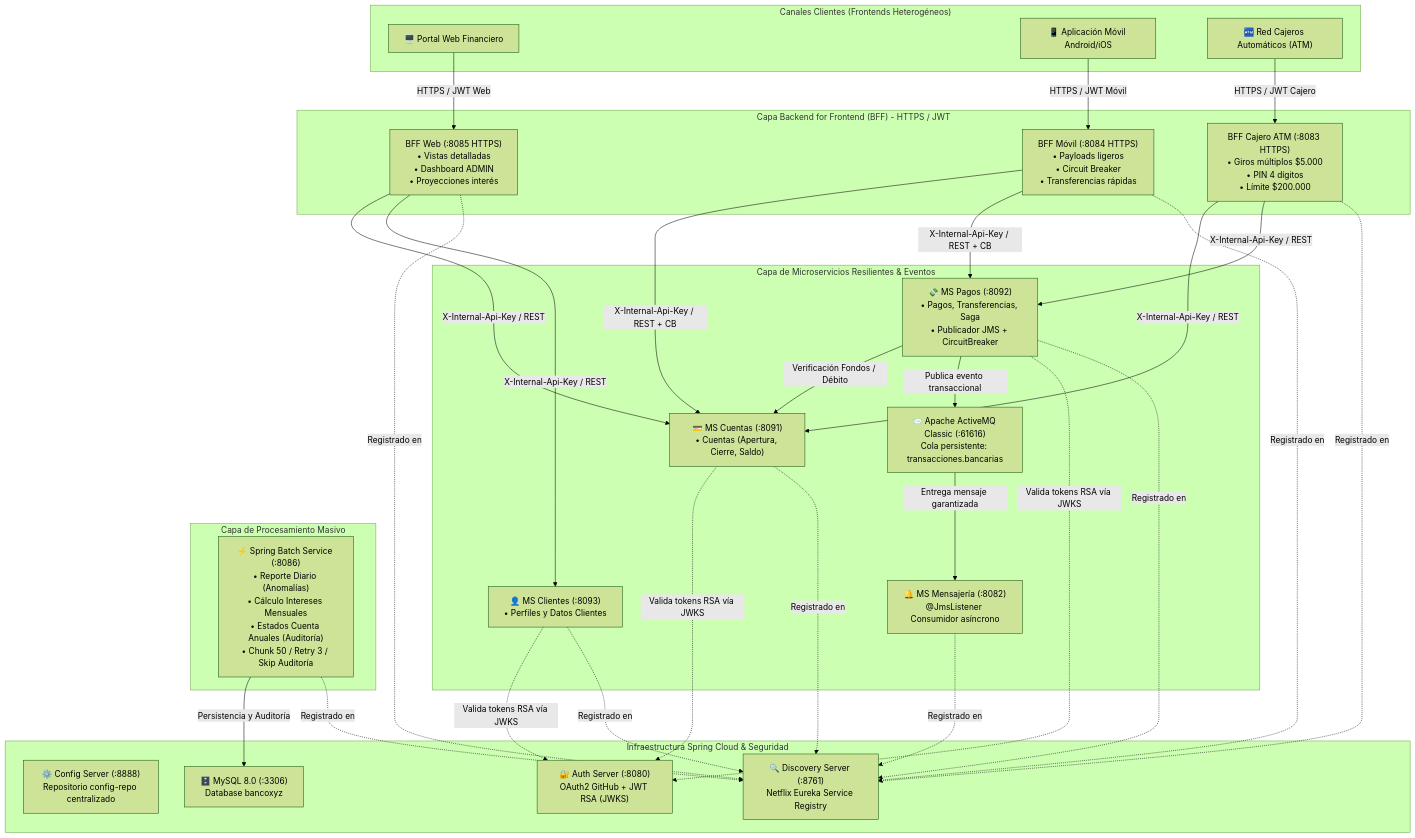
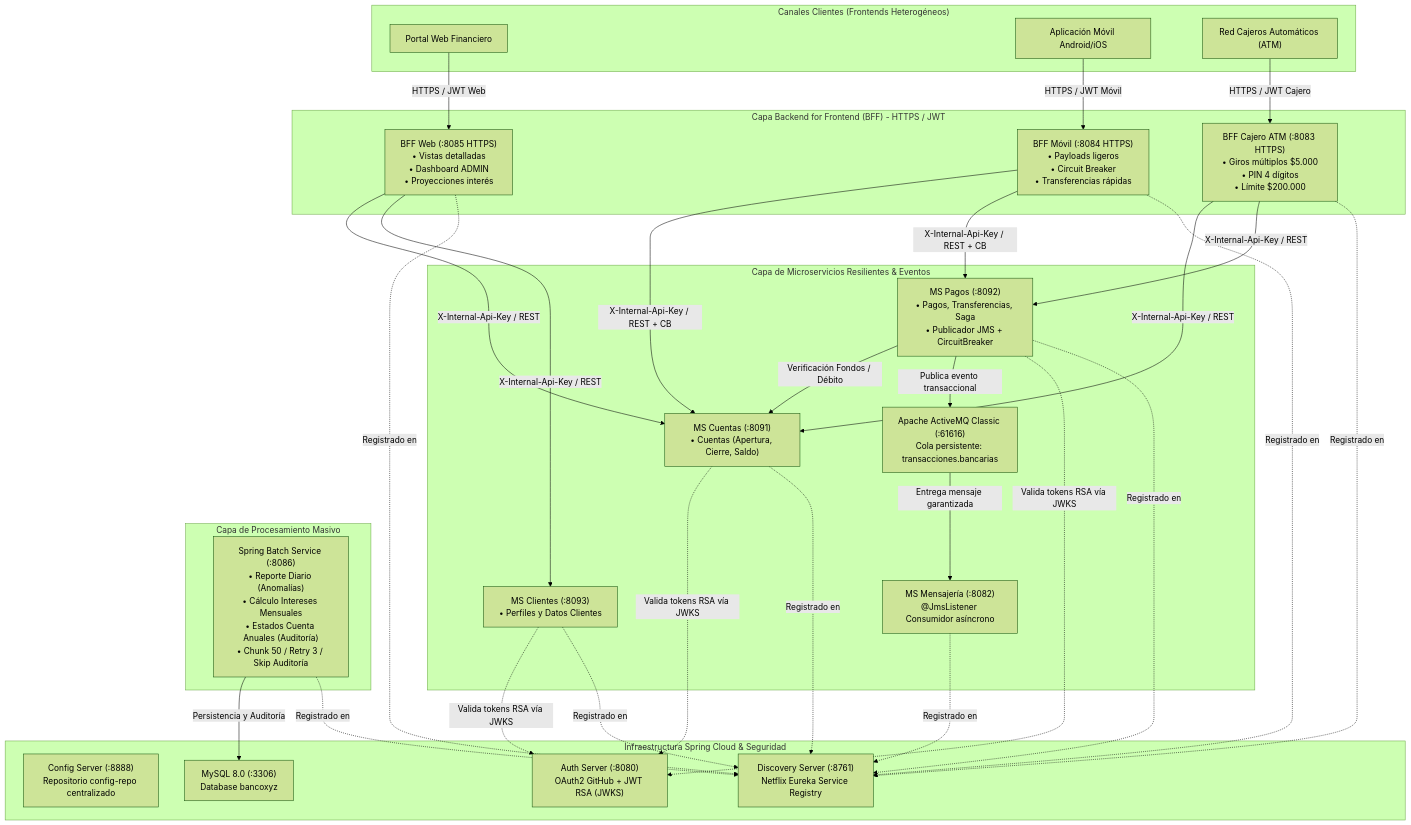
Before and after one commit to Starcrusher037/EFT_Banco_XYZ: the first of 2 diagrams in PROPUESTA_TECNICA.md, drawn with Mermaid (forest theme). The commit also changed other lines of this file and 2 other files, not shown here.

Commit message:
actualizacion de reame y propuesta tecnica, se eliminan referencias a core service

````diff
--- a/PROPUESTA_TECNICA.md
+++ b/PROPUESTA_TECNICA.md
@@ -59,62 +57,62 @@
 ```mermaid
 flowchart TD
     subgraph Canales ["Canales Clientes (Frontends Heterogéneos)"]
-        WebClient["🖥️ Portal Web Financiero"]
-        MobileClient["📱 Aplicación Móvil Android/iOS"]
-        AtmClient["🏧 Red Cajeros Automáticos (ATM)"]
+        WebClient["Portal Web Financiero"]
+        MobileClient["Aplicación Móvil Android/iOS"]
+        AtmClient["Red Cajeros Automáticos (ATM)"]
     end
 
     subgraph CapaBFF ["Capa Backend for Frontend (BFF) - HTTPS / JWT"]
         BffWeb["BFF Web (:8085 HTTPS)<br>• Vistas detalladas<br>• Dashboard ADMIN<br>• Proyecciones interés"]
         BffMovil["BFF Móvil (:8084 HTTPS)<br>• Payloads ligeros<br>• Circuit Breaker<br>• Transferencias rápidas"]
         BffCajero["BFF Cajero ATM (:8083 HTTPS)<br>• Giros múltiplos $5.000<br>• PIN 4 dígitos<br>• Límite $200.000"]
     end
 
     subgraph Infraestructura ["Infraestructura Spring Cloud & Seguridad"]
-        ConfigServer["⚙️ Config Server (:8888)<br>Repositorio config-repo centralizado"]
-        Eureka["🔍 Discovery Server (:8761)<br>Netflix Eureka Service Registry"]
-        AuthServer["🔐 Auth Server (:8080)<br>OAuth2 GitHub + JWT RSA (JWKS)"]
-        MySQL["🗄️ MySQL 8.0 (:3306)<br>Database bancoxyz"]
+        ConfigServer["Config Server (:8888)<br>Repositorio config-repo centralizado"]
+        Eureka["Discovery Server (:8761)<br>Netflix Eureka Service Registry"]
+        AuthServer["Auth Server (:8080)<br>OAuth2 GitHub + JWT RSA (JWKS)"]
+        MySQL["MySQL 8.0 (:3306)<br>Database bancoxyz"]
     end
 
     subgraph NucleoNegocio ["Capa de Microservicios Resilientes & Eventos"]
-        MsCuentas["💳 MS Cuentas (:8091)<br>• Cuentas (Apertura, Cierre, Saldo)"]
-        MsPagos["💸 MS Pagos (:8092)<br>• Pagos, Transferencias, Saga<br>• Publicador JMS + CircuitBreaker"]
-        MsClientes["👤 MS Clientes (:8093)<br>• Perfiles y Datos Clientes"]
-        ActiveMQ["📨 Apache ActiveMQ Classic (:61616)<br>Cola persistente: transacciones.bancarias"]
-        MsMensajeria["🔔 MS Mensajería (:8082)<br>@JmsListener Consumidor asíncrono"]
+        MsCuentas["MS Cuentas (:8091)<br>• Cuentas (Apertura, Cierre, Saldo)"]
+        MsPagos["MS Pagos (:8092)<br>• Pagos, Transferencias, Saga<br>• Publicador JMS + CircuitBreaker"]
+        MsClientes["MS Clientes (:8093)<br>• Perfiles y Datos Clientes"]
+        ActiveMQ["Apache ActiveMQ Classic (:61616)<br>Cola persistente: transacciones.bancarias"]
+        MsMensajeria["MS Mensajería (:8082)<br>@JmsListener Consumidor asíncrono"]
     end
 
     subgraph CapaBatch ["Capa de Procesamiento Masivo"]
-        BatchService["⚡ Spring Batch Service (:8086)<br>• Reporte Diario (Anomalías)<br>• Cálculo Intereses Mensuales<br>• Estados Cuenta Anuales (Auditoría)<br>• Chunk 50 / Retry 3 / Skip Auditoría"]
+        BatchService["Spring Batch Service (:8086)<br>• Reporte Diario (Anomalías)<br>• Cálculo Intereses Mensuales<br>• Estados Cuenta Anuales (Auditoría)<br>• Chunk 50 / Retry 3 / Skip Auditoría"]
     end
 
     WebClient -->|HTTPS / JWT Web| BffWeb
     MobileClient -->|HTTPS / JWT Móvil| BffMovil
     AtmClient -->|HTTPS / JWT Cajero| BffCajero
 
     BffWeb -->|X-Internal-Api-Key / REST| MsCuentas
     BffWeb -->|X-Internal-Api-Key / REST| MsClientes
     BffMovil -->|X-Internal-Api-Key / REST + CB| MsCuentas
     BffMovil -->|X-Internal-Api-Key / REST + CB| MsPagos
     BffCajero -->|X-Internal-Api-Key / REST| MsCuentas
     BffCajero -->|X-Internal-Api-Key / REST| MsPagos
 
     MsPagos -->|Verificación Fondos / Débito| MsCuentas
     MsPagos -->|Publica evento transaccional| ActiveMQ
     ActiveMQ -->|Entrega mensaje garantizada| MsMensajeria
 
     BatchService -->|Persistencia y Auditoría| MySQL
     MsCuentas -.->|Valida tokens RSA vía JWKS| AuthServer
     MsPagos -.->|Valida tokens RSA vía JWKS| AuthServer
     MsClientes -.->|Valida tokens RSA vía JWKS| AuthServer
 
     BffWeb -.->|Registrado en| Eureka
     BffMovil -.->|Registrado en| Eureka
     BffCajero -.->|Registrado en| Eureka
     MsCuentas -.->|Registrado en| Eureka
     MsPagos -.->|Registrado en| Eureka
     MsClientes -.->|Registrado en| Eureka
     MsMensajeria -.->|Registrado en| Eureka
     BatchService -.->|Registrado en| Eureka
 ```
````
